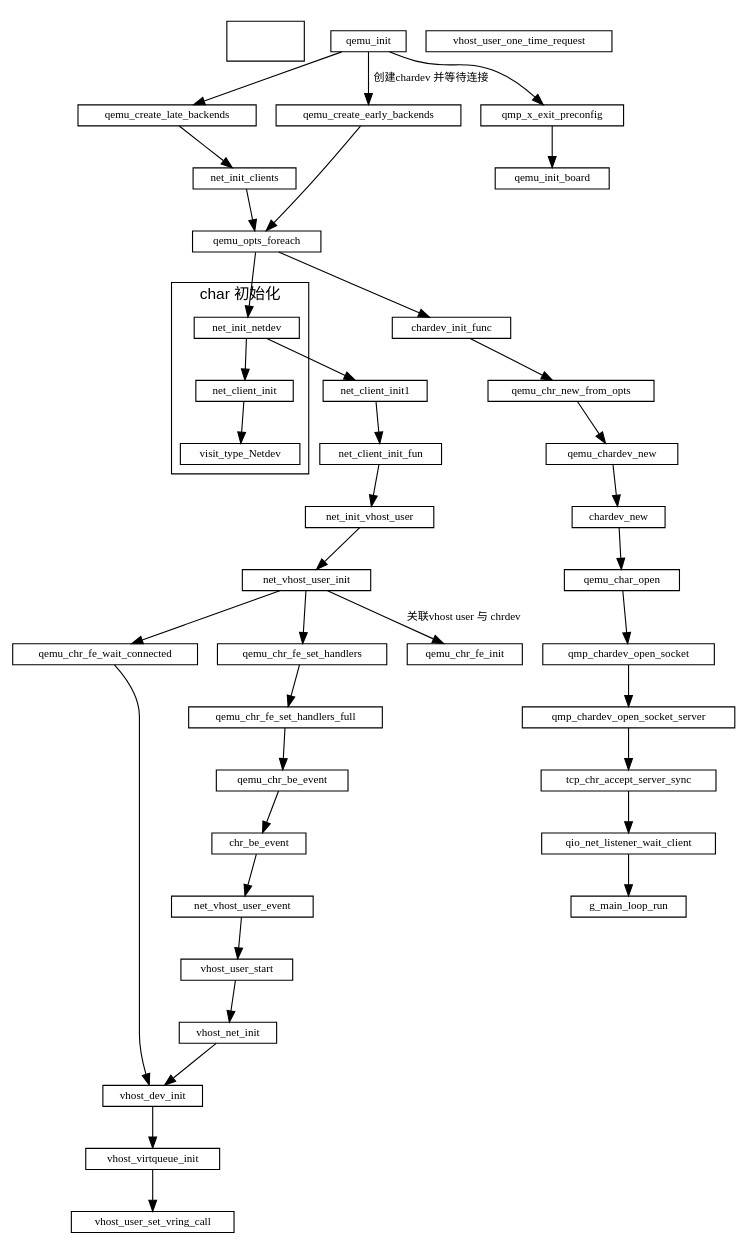
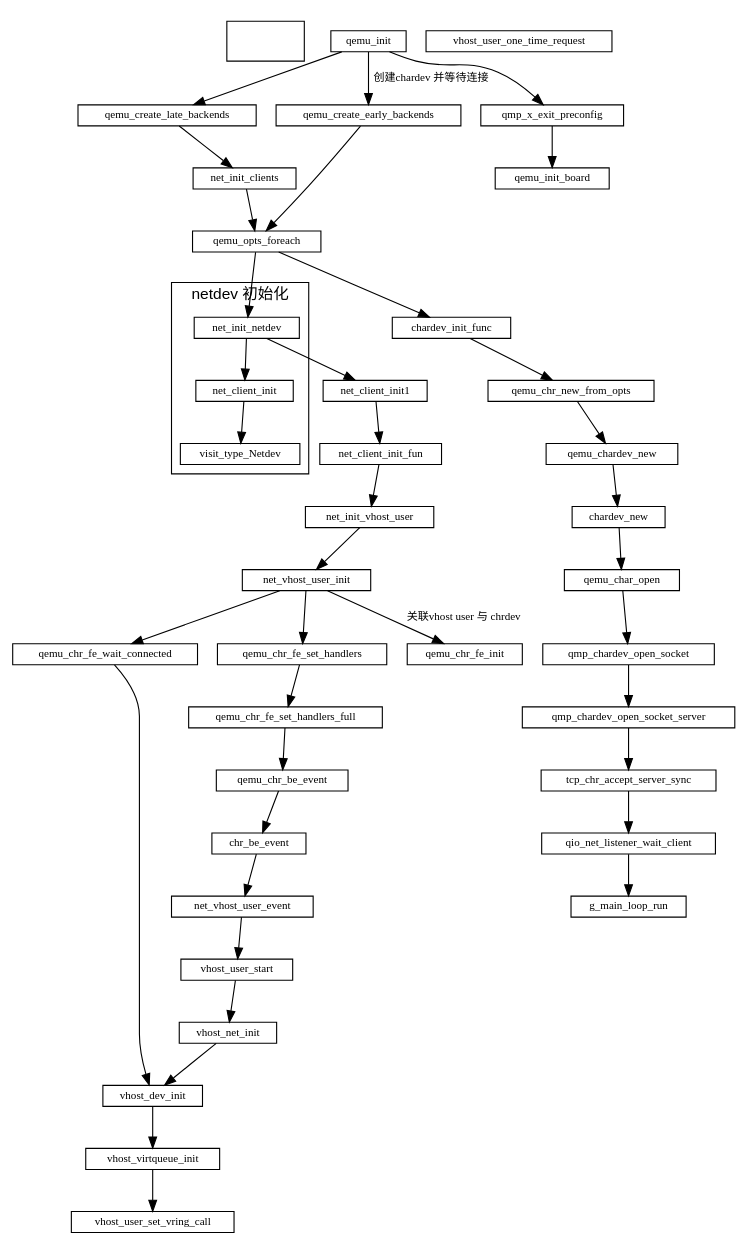
Before and after one commit to sisyphus1212/note: the diagram in qemu/qemu初始化.md, drawn with Graphviz.

Commit message:
auto_update

````diff
--- a/qemu/qemu初始化.md
+++ b/qemu/qemu初始化.md
@@ -11,70 +11,70 @@
 ```graphviz
 digraph {
     fontname="Helvetica,Arial,sans-serif"
     //node [fontname="Helvetica,Arial,sans-serif"]
     //edge [fontname="Helvetica,Arial,sans-serif"]
     //rankdir="LR"
     node [fontsize=10, shape=record, height=0.25]
     edge [fontsize=10]
 
     subgraph  {
         cluster=true
         fd  [style = invis]
     }
 
 
     qemu_init -> qemu_create_late_backends
               -> net_init_clients
               -> qemu_opts_foreach
               -> net_init_netdev
               -> net_client_init1
               -> net_client_init_fun
               -> net_init_vhost_user
               -> net_vhost_user_init
               -> qemu_chr_fe_wait_connected
               -> vhost_dev_init
 
     subgraph netdev_init {
         label="netdev 初始化";
         cluster=true;
         net_init_netdev
         -> net_client_init
         -> visit_type_Netdev
     }
-    subgraph netdev_init {
-        label="char 初始化";
+    subgraph chardev_init {
+        label="chardev 初始化";
     }
     net_vhost_user_init -> qemu_chr_fe_set_handlers
                         -> qemu_chr_fe_set_handlers_full
                         -> qemu_chr_be_event
                         -> chr_be_event
                         -> net_vhost_user_event
                         -> vhost_user_start
                         -> vhost_net_init
                         -> vhost_dev_init
                         -> vhost_virtqueue_init
                         -> vhost_user_set_vring_call
 
     net_vhost_user_init -> qemu_chr_fe_init[label="关联vhost user 与 chrdev"]
 
     qemu_init -> qemu_create_early_backends[label="创建chardev 并等待连接"] qemu_create_early_backends -> qemu_opts_foreach
                       -> chardev_init_func
                       -> qemu_chr_new_from_opts
                       -> qemu_chardev_new
                       -> chardev_new
                       -> qemu_char_open
                       -> qmp_chardev_open_socket
                       -> qmp_chardev_open_socket_server
                       -> tcp_chr_accept_server_sync
                       -> qio_net_listener_wait_client
                       -> g_main_loop_run
 
     qemu_init -> qmp_x_exit_preconfig -> qemu_init_board // 初始化cpu 内存
 
     vhost_dev_init
 
     net_vhost_user_event
 
     vhost_user_one_time_request
 }
 ```
````
